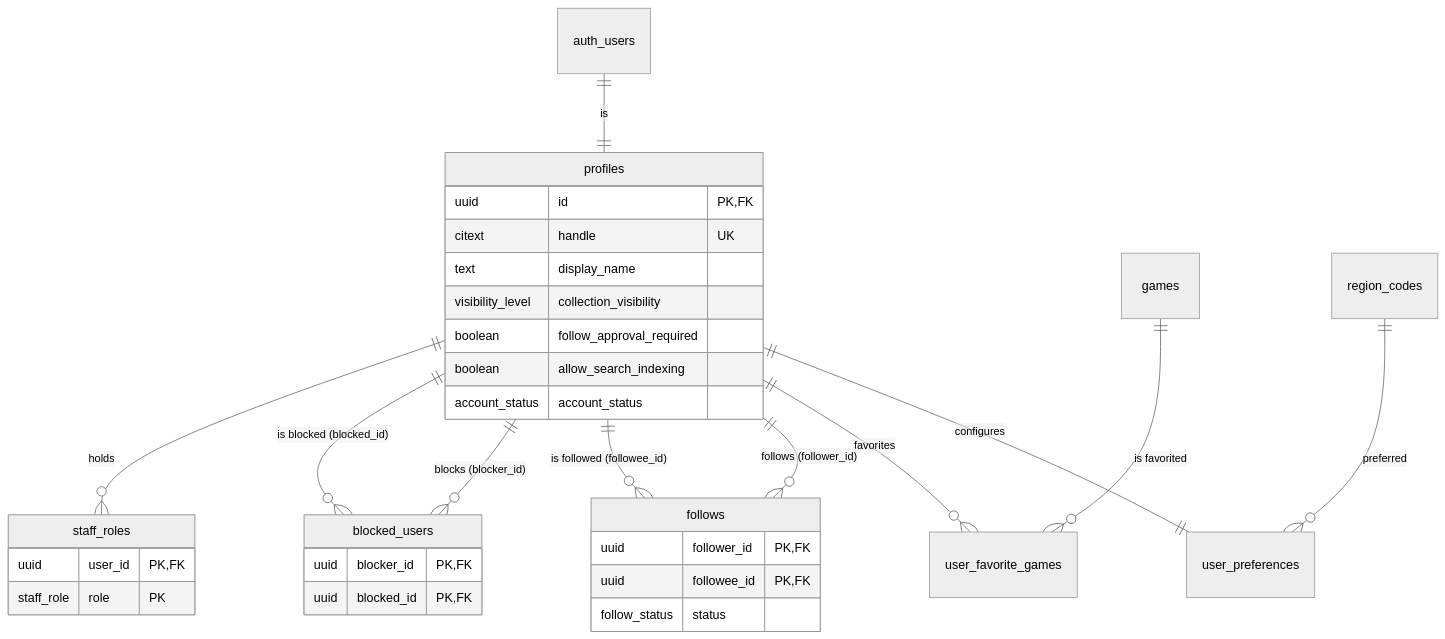
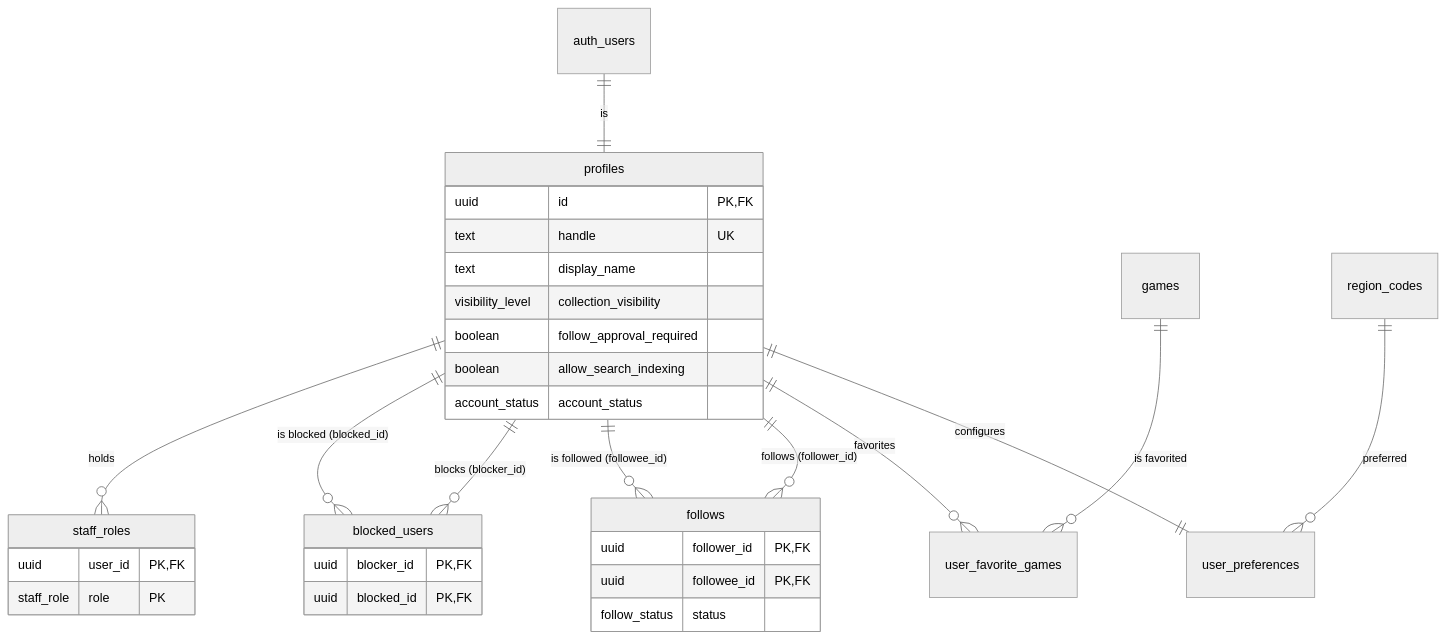
Before and after one commit to lesa0208/my-game-dex: the fifth of 14 diagrams in docs/architecture/relationships.md, drawn with Mermaid (neutral theme). The commit also changed other lines of this file and 20 other files, not shown here.

````diff
--- a/docs/architecture/relationships.md
+++ b/docs/architecture/relationships.md
@@ -293,36 +293,36 @@
 ```mermaid
 erDiagram
   auth_users ||--|| profiles : "is"
   profiles ||--|| user_preferences : "configures"
   profiles ||--o{ user_favorite_games : "favorites"
   games ||--o{ user_favorite_games : "is favorited"
   profiles ||--o{ follows : "follows (follower_id)"
   profiles ||--o{ follows : "is followed (followee_id)"
   profiles ||--o{ blocked_users : "blocks (blocker_id)"
   profiles ||--o{ blocked_users : "is blocked (blocked_id)"
   profiles ||--o{ staff_roles : "holds"
   region_codes ||--o{ user_preferences : "preferred"
 
   profiles {
     uuid id PK,FK
-    citext handle UK
+    text handle UK
     text display_name
     visibility_level collection_visibility
     boolean follow_approval_required
     boolean allow_search_indexing
     account_status account_status
   }
   follows {
     uuid follower_id PK,FK
     uuid followee_id PK,FK
     follow_status status
   }
   blocked_users {
     uuid blocker_id PK,FK
     uuid blocked_id PK,FK
   }
   staff_roles {
     uuid user_id PK,FK
     staff_role role PK
   }
 ```
````
